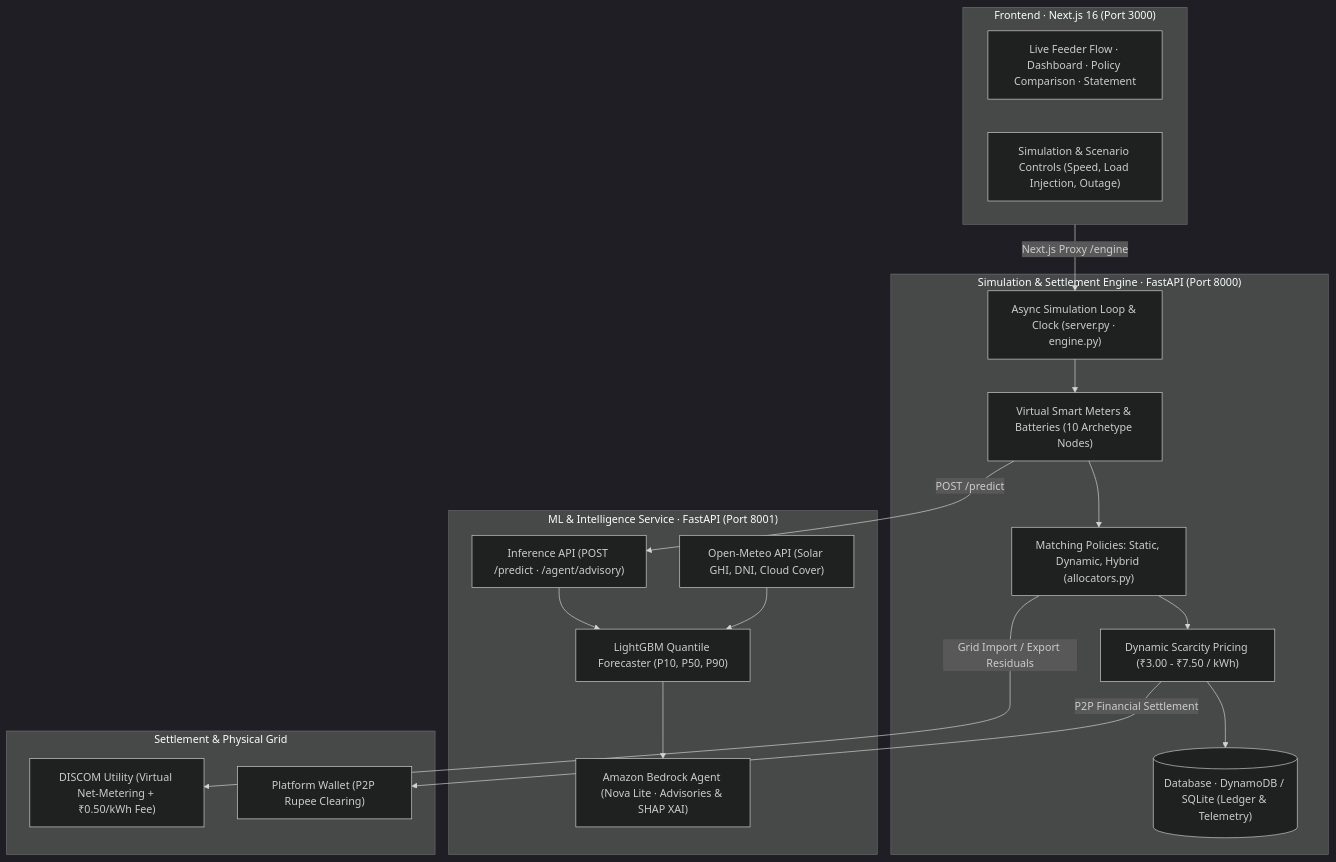
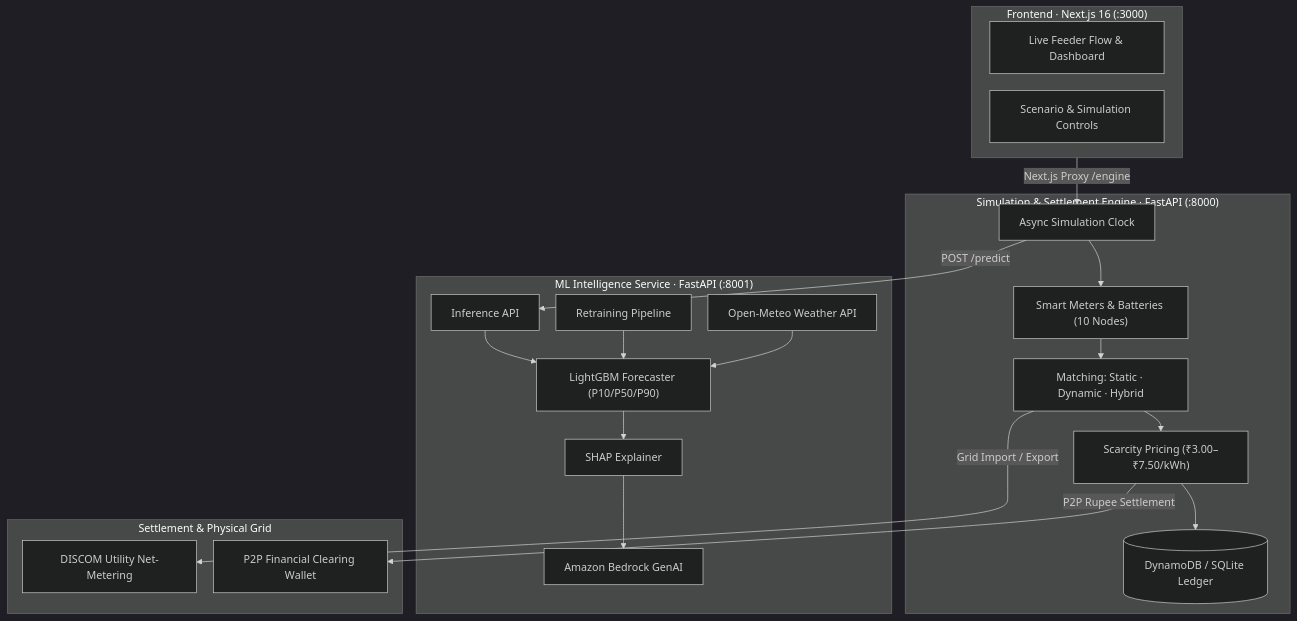
One commit to Armaan457/GridZero changed the diagram in README.md. Above: the diagram before and after it, drawn with Mermaid (dark theme). The commit also changed other lines of this file, not shown here.

Commit message:
readme update

````diff
--- a/README.md
+++ b/README.md
@@ -24,41 +27,41 @@
 ```mermaid
+%%{init: {'flowchart': {'nodeSpacing': 25, 'rankSpacing': 30}}}%%
 flowchart TD
-    subgraph UI ["Frontend · Next.js 16 (Port 3000)"]
-        Views["Live Feeder Flow · Dashboard · Policy Comparison · Statement"]
-        Controls["Simulation & Scenario Controls (Speed, Load Injection, Outage)"]
+    subgraph UI ["Frontend · Next.js 16 (:3000)"]
+        Views["Live Feeder Flow & Dashboard"]
+        Controls["Scenario & Simulation Controls"]
     end
 
-    subgraph SIM ["Simulation & Settlement Engine · FastAPI (Port 8000)"]
-        SimServer["Async Simulation Loop & Clock (server.py · engine.py)"]
-        Meters["Virtual Smart Meters & Batteries (10 Archetype Nodes)"]
-        Allocators["Matching Policies: Static, Dynamic, Hybrid (allocators.py)"]
-        Pricing["Dynamic Scarcity Pricing (₹3.00 - ₹7.50 / kWh)"]
-        DB[("Database · DynamoDB / SQLite (Ledger & Telemetry)")]
+    subgraph SIM ["Simulation & Settlement Engine · FastAPI (:8000)"]
+        SimServer["Async Simulation Clock"]
+        Meters["Smart Meters & Batteries (10 Nodes)"]
+        Allocators["Matching: Static · Dynamic · Hybrid"]
+        Pricing["Scarcity Pricing (₹3.00–₹7.50/kWh)"]
+        DB[("DynamoDB / SQLite Ledger")]
         
-        SimServer --> Meters
-        Meters --> Allocators
-        Allocators --> Pricing
-        Pricing --> DB
+        SimServer --> Meters --> Allocators --> Pricing --> DB
     end
 
-    subgraph ML ["ML & Intelligence Service · FastAPI (Port 8001)"]
-        MLServer["Inference API (POST /predict · /agent/advisory)"]
-        Weather["Open-Meteo API (Solar GHI, DNI, Cloud Cover)"]
-        LGBM["LightGBM Quantile Forecaster (P10, P50, P90)"]
-        Bedrock["Amazon Bedrock Agent (Nova Lite · Advisories & SHAP XAI)"]
+    subgraph ML ["ML Intelligence Service · FastAPI (:8001)"]
+        MLServer["Inference API"]
+        Weather["Open-Meteo Weather API"]
+        Training["Retraining Pipeline"]
+        LGBM["LightGBM Forecaster (P10/P50/P90)"]
+        SHAP["SHAP Explainer"]
+        Bedrock["Amazon Bedrock GenAI"]
         
         Weather --> LGBM
-        MLServer --> LGBM
-        LGBM --> Bedrock
+        Training --> LGBM
+        MLServer --> LGBM --> SHAP --> Bedrock
     end
 
     subgraph Settlement ["Settlement & Physical Grid"]
-        DISCOM["DISCOM Utility (Virtual Net-Metering + ₹0.50/kWh Fee)"]
-        Wallet["Platform Wallet (P2P Rupee Clearing)"]
+        DISCOM["DISCOM Utility Net-Metering"]
+        Wallet["P2P Financial Clearing Wallet"]
     end
 
     UI -->|Next.js Proxy /engine| SimServer
-    Meters -->|POST /predict| MLServer
-    Allocators -->|Grid Import / Export Residuals| DISCOM
-    Pricing -->|P2P Financial Settlement| Wallet
+    SimServer -->|POST /predict| MLServer
+    Allocators -->|Grid Import / Export| DISCOM
+    Pricing -->|P2P Rupee Settlement| Wallet
 ```
````
